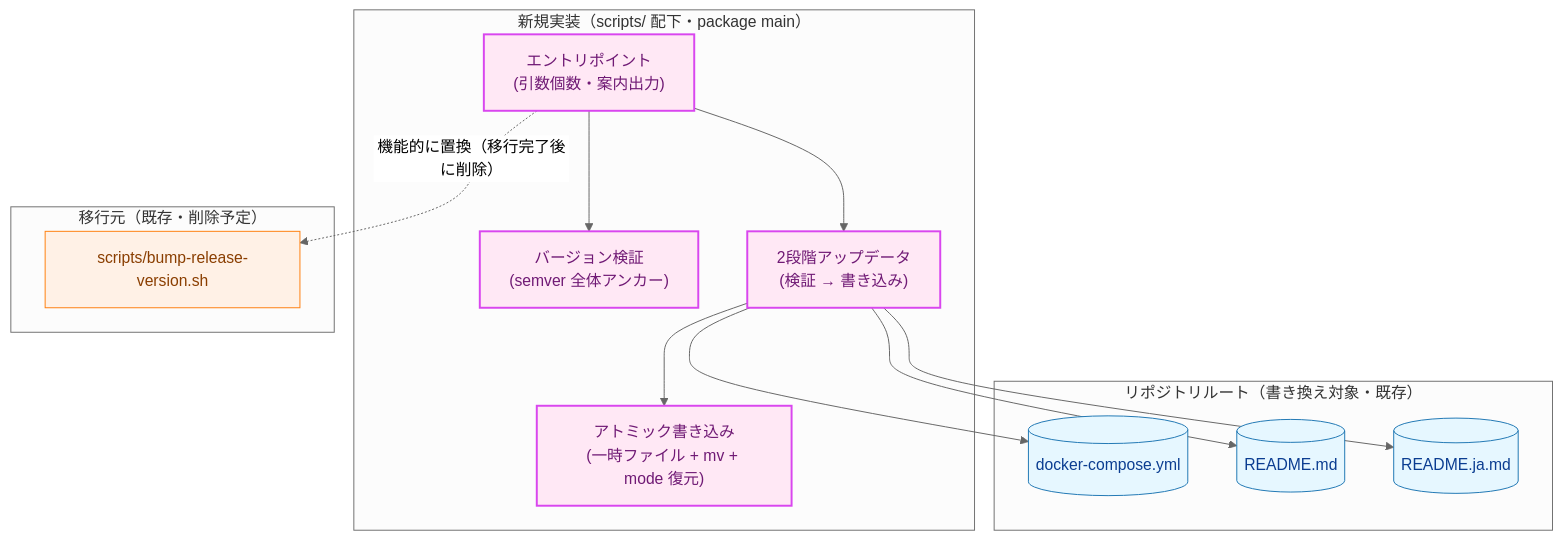
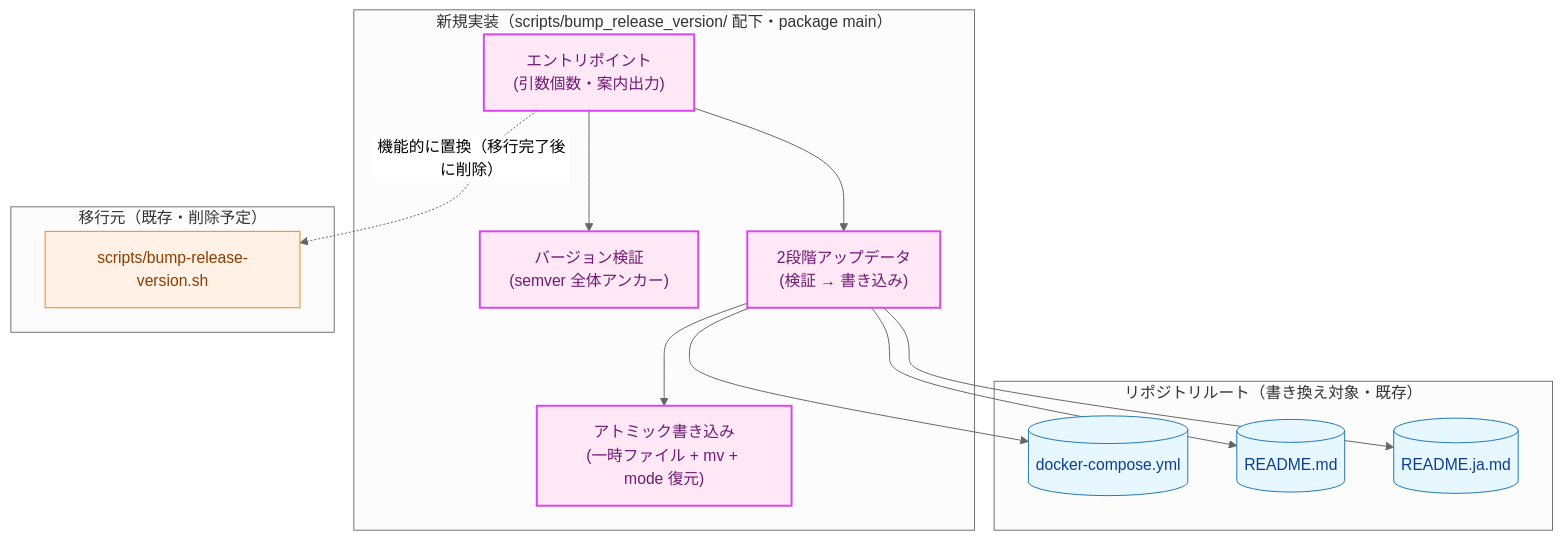
Before and after one commit to isseis/bsky-cleaner: the second of 4 diagrams in docs/tasks/0018_bump_release_version_go_migration/02_architecture.md, drawn with Mermaid (neutral theme). The commit also changed other lines of this file and 4 other files, not shown here.

First line of the commit message:
refactor(0018): move bump-release-version into its own directory, add make target

````diff
--- a/docs/tasks/0018_bump_release_version_go_migration/02_architecture.md
+++ b/docs/tasks/0018_bump_release_version_go_migration/02_architecture.md
@@ -114,35 +122,35 @@
 ```mermaid
 flowchart TD
     classDef data fill:#e6f7ff,stroke:#1f77b4,stroke-width:1px,color:#0b3d91;
     classDef newpkg fill:#ffe8f5,stroke:#d946ef,stroke-width:2px,color:#701a75;
     classDef process fill:#fff1e6,stroke:#ff7f0e,stroke-width:1px,color:#8a3e00;
 
-    subgraph impl ["新規実装（scripts/ 配下・package main）"]
+    subgraph impl ["新規実装（scripts/bump_release_version/ 配下・package main）"]
         ENTRY["エントリポイント<br>(引数個数・案内出力)"]
         VALIDATOR["バージョン検証<br>(semver 全体アンカー)"]
         UPDATER["2段階アップデータ<br>(検証 → 書き込み)"]
         WRITER["アトミック書き込み<br>(一時ファイル + mv + mode 復元)"]
         ENTRY --> VALIDATOR
         ENTRY --> UPDATER
         UPDATER --> WRITER
     end
 
     subgraph root ["リポジトリルート（書き換え対象・既存）"]
         COMPOSE[("docker-compose.yml")]
         READMEEN[("README.md")]
         READMEJA[("README.ja.md")]
     end
 
     subgraph legacy ["移行元（既存・削除予定）"]
         BASH["scripts/bump-release-version.sh"]
     end
 
     UPDATER --> COMPOSE
     UPDATER --> READMEEN
     UPDATER --> READMEJA
     ENTRY -.->|"機能的に置換（移行完了後に削除）"| BASH
 
     class ENTRY,VALIDATOR,UPDATER,WRITER newpkg
     class COMPOSE,READMEEN,READMEJA data
     class BASH process
 ```
````
